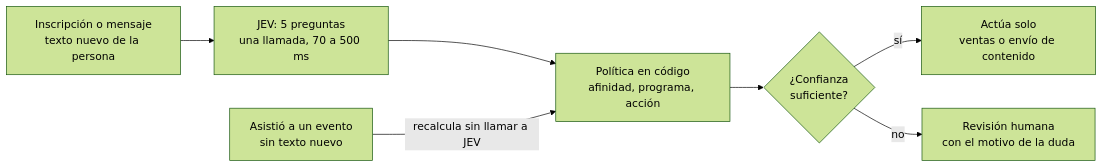
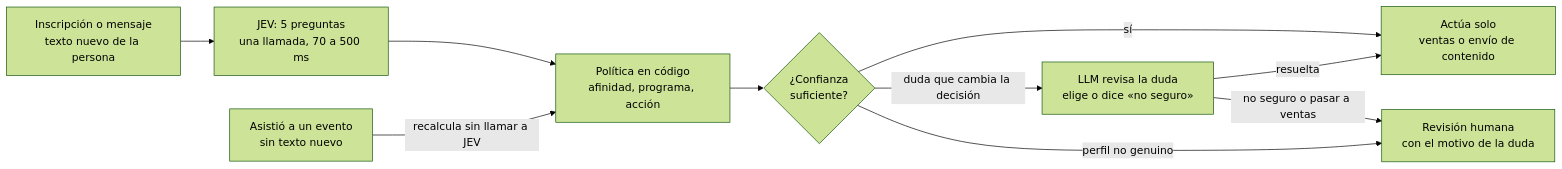
The diagram in docs/ESTADO_DEL_PROYECTO.md (blockstars-labs/30x-JEV), drawn with Mermaid (forest theme) before and after one commit. The commit also changed other lines of this file and 12 other files, not shown here.

````diff
--- a/docs/ESTADO_DEL_PROYECTO.md
+++ b/docs/ESTADO_DEL_PROYECTO.md
@@ -41,9 +45,12 @@
 ```mermaid
 flowchart LR
     A["Inscripción o mensaje<br/>texto nuevo de la persona"] --> B["JEV: 5 preguntas<br/>una llamada, 70 a 500 ms"]
     B --> C["Política en código<br/>afinidad, programa, acción"]
     E["Asistió a un evento<br/>sin texto nuevo"] -- "recalcula sin llamar a JEV" --> C
     C --> D{"¿Confianza<br/>suficiente?"}
     D -- sí --> F["Actúa solo<br/>ventas o envío de contenido"]
-    D -- no --> G["Revisión humana<br/>con el motivo de la duda"]
+    D -- "duda que cambia la decisión" --> L["LLM revisa la duda<br/>elige o dice «no seguro»"]
+    L -- resuelta --> F
+    L -- "no seguro o pasar a ventas" --> G["Revisión humana<br/>con el motivo de la duda"]
+    D -- "perfil no genuino" --> G
 ```
````
